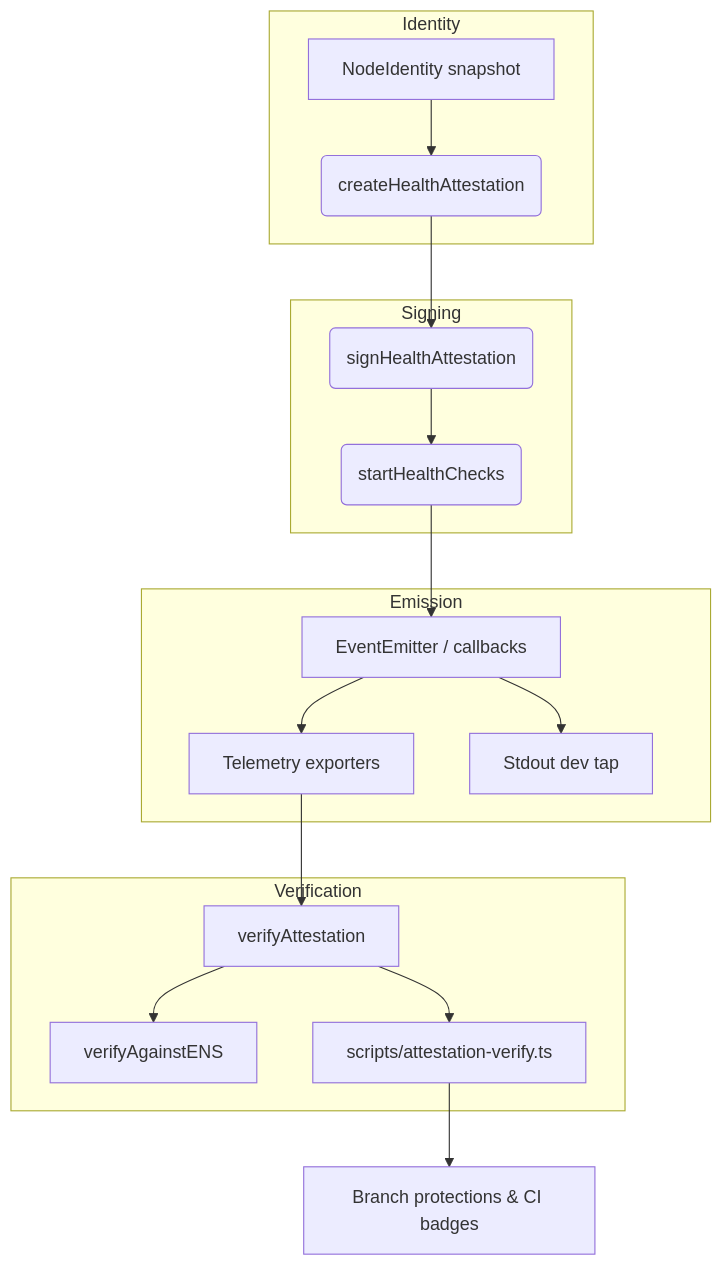
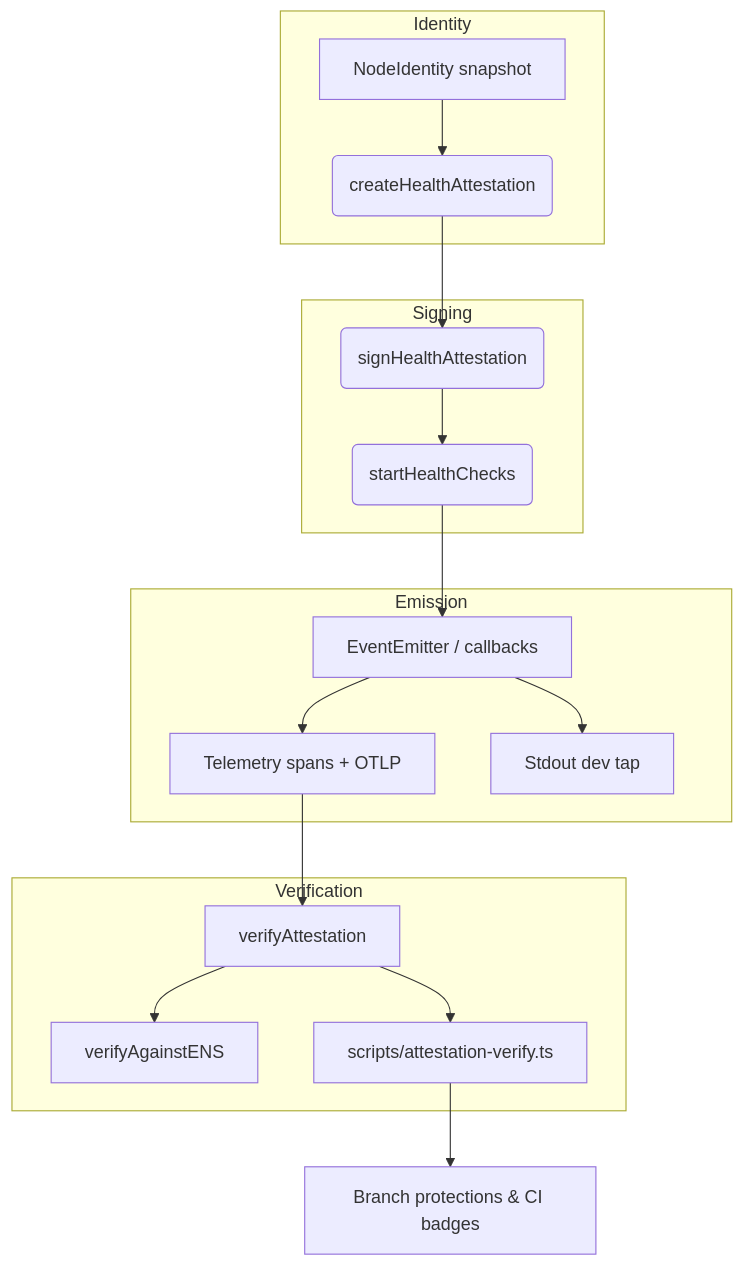
The fifth of 6 diagrams in README.md (MontrealAI/AGI-Alpha-Node-v0), drawn with Mermaid before and after one commit. The commit also changed other lines of this file and 8 other files, not shown here.

Commit message:
Add OpenTelemetry health spans and refresh docs

````diff
--- a/README.md
+++ b/README.md
@@ -171,21 +177,21 @@
 ```mermaid
 flowchart TD
   subgraph Identity
     A[NodeIdentity snapshot] --> B(createHealthAttestation)
   end
   subgraph Signing
     B --> C(signHealthAttestation)
     C --> D(startHealthChecks)
   end
   subgraph Emission
     D --> E[EventEmitter / callbacks]
-    E --> F[Telemetry exporters]
-  E --> G[Stdout dev tap]
+    E --> F[Telemetry spans + OTLP]
+    E --> G[Stdout dev tap]
   end
   subgraph Verification
     F --> H[verifyAttestation]
     H --> I[verifyAgainstENS]
     H --> J[scripts/attestation-verify.ts]
   end
   J --> K[Branch protections & CI badges]
 ```
````
